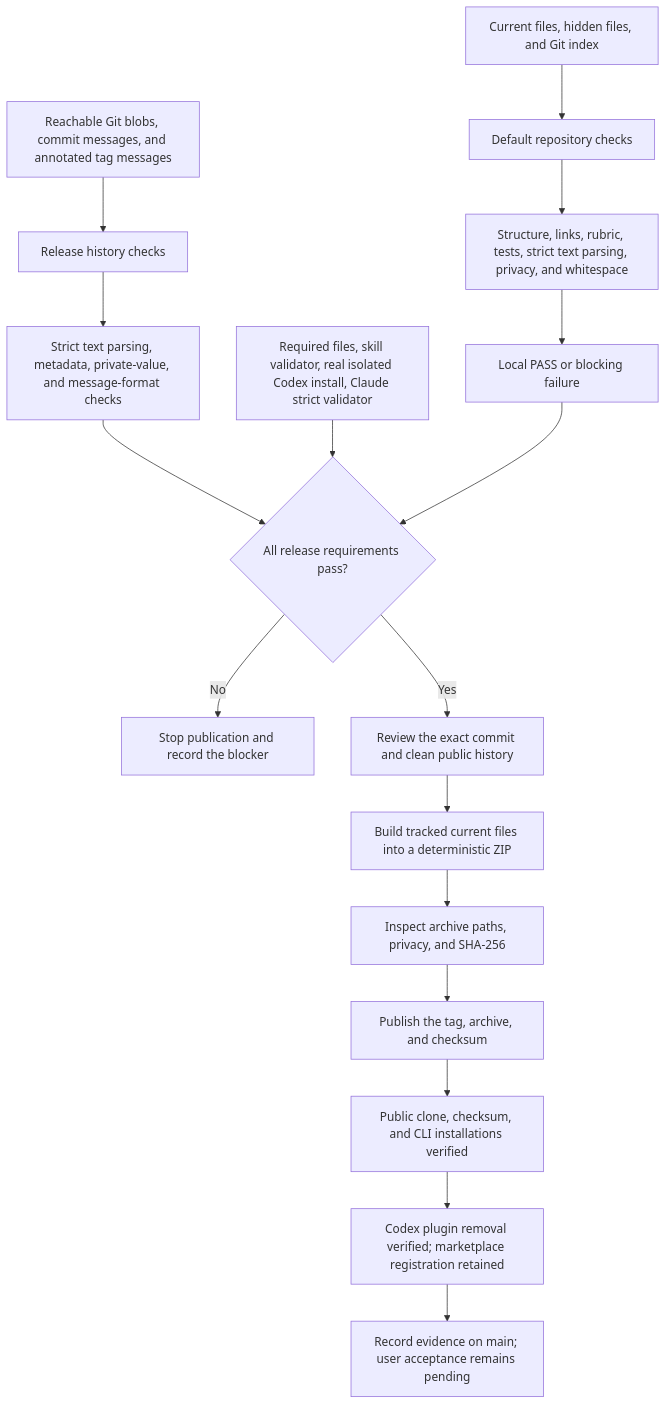
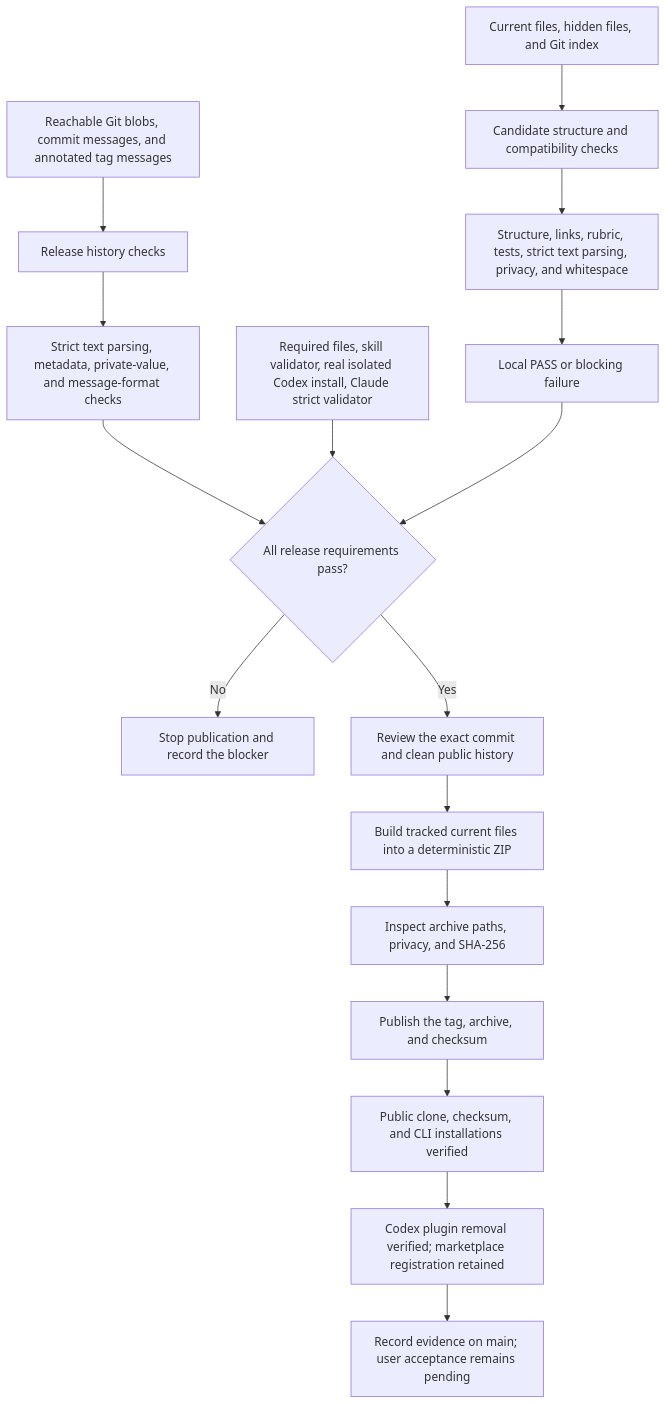
The third of 4 diagrams in HOW_IT_WORKS.md (joevilcai666/writing-doc-skill), drawn with Mermaid before and after one commit. The commit also changed other lines of this file and 45 other files, not shown here.

````diff
--- a/HOW_IT_WORKS.md
+++ b/HOW_IT_WORKS.md
@@ -150,19 +152,19 @@
 ```mermaid
 flowchart TD
-    A["Current files, hidden files, and Git index"] --> B["Default repository checks"]
+    A["Current files, hidden files, and Git index"] --> B["Candidate structure and compatibility checks"]
     C["Reachable Git blobs, commit messages, and annotated tag messages"] --> D["Release history checks"]
     B --> E["Structure, links, rubric, tests, strict text parsing, privacy, and whitespace"]
     D --> F["Strict text parsing, metadata, private-value, and message-format checks"]
     E --> G["Local PASS or blocking failure"]
     F --> H{"All release requirements pass?"}
     I["Required files, skill validator, real isolated Codex install, Claude strict validator"] --> H
     G --> H
     H -->|"No"| J["Stop publication and record the blocker"]
     H -->|"Yes"| K["Review the exact commit and clean public history"]
     K --> O["Build tracked current files into a deterministic ZIP"]
     O --> P["Inspect archive paths, privacy, and SHA-256"]
     P --> L["Publish the tag, archive, and checksum"]
     L --> M["Public clone, checksum, and CLI installations verified"]
     M --> R["Codex plugin removal verified; marketplace registration retained"]
     R --> N["Record evidence on main; user acceptance remains pending"]
 ```
````
